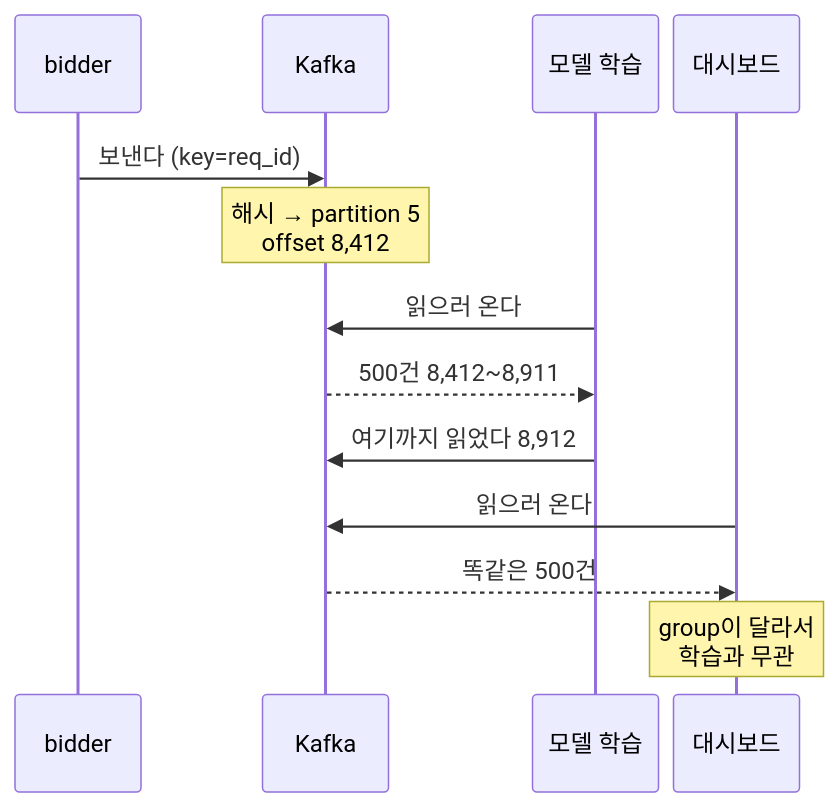
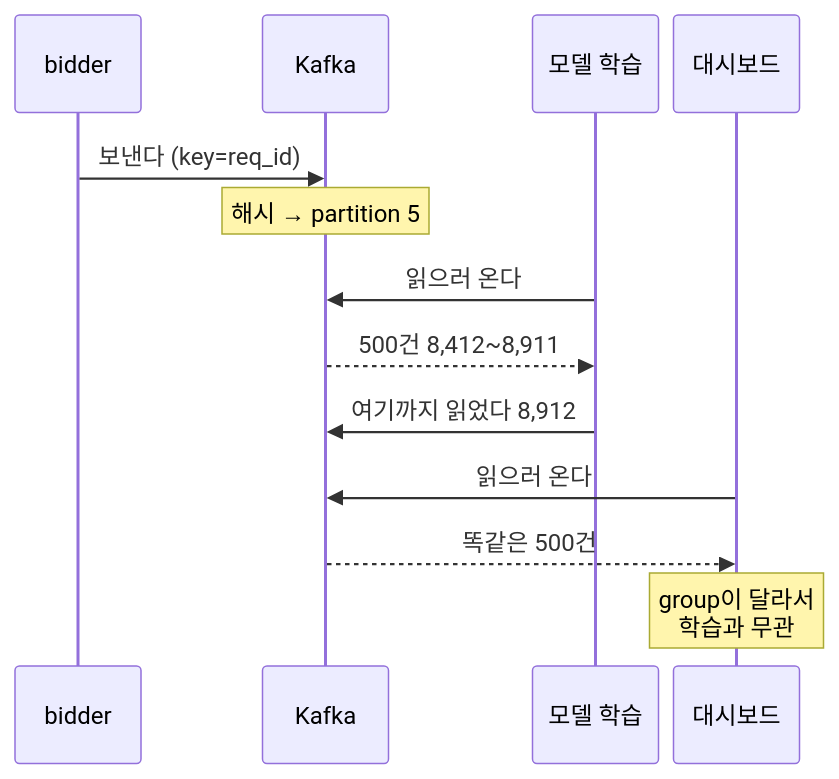
The first of 2 diagrams in posts-easy/kafka-log-pipeline.md (chkimsu/adtech-blog), drawn with Mermaid before and after one commit. The commit also changed other lines of this file and 1 other file, not shown here.

````diff
--- a/posts-easy/kafka-log-pipeline.md
+++ b/posts-easy/kafka-log-pipeline.md
@@ -197,16 +197,16 @@
 ```mermaid
 %%{init:{'sequence':{'actorMargin':10,'width':84,'boxMargin':6,'noteMargin':6,'messageMargin':22,'diagramMarginX':6,'diagramMarginY':6}}}%%
 sequenceDiagram
   participant B as bidder
   participant K as Kafka
   participant T as 모델 학습
   participant D as 대시보드
   B->>K: 보낸다 (key=req_id)
-  Note over K: 해시 → partition 5<br/>offset 8,412
+  Note over K: 해시 → partition 5
   T->>K: 읽으러 온다
   K-->>T: 500건 8,412~8,911
   T->>K: 여기까지 읽었다 8,912
   D->>K: 읽으러 온다
   K-->>D: 똑같은 500건
   Note over D: group이 달라서<br/>학습과 무관
 ```
````
